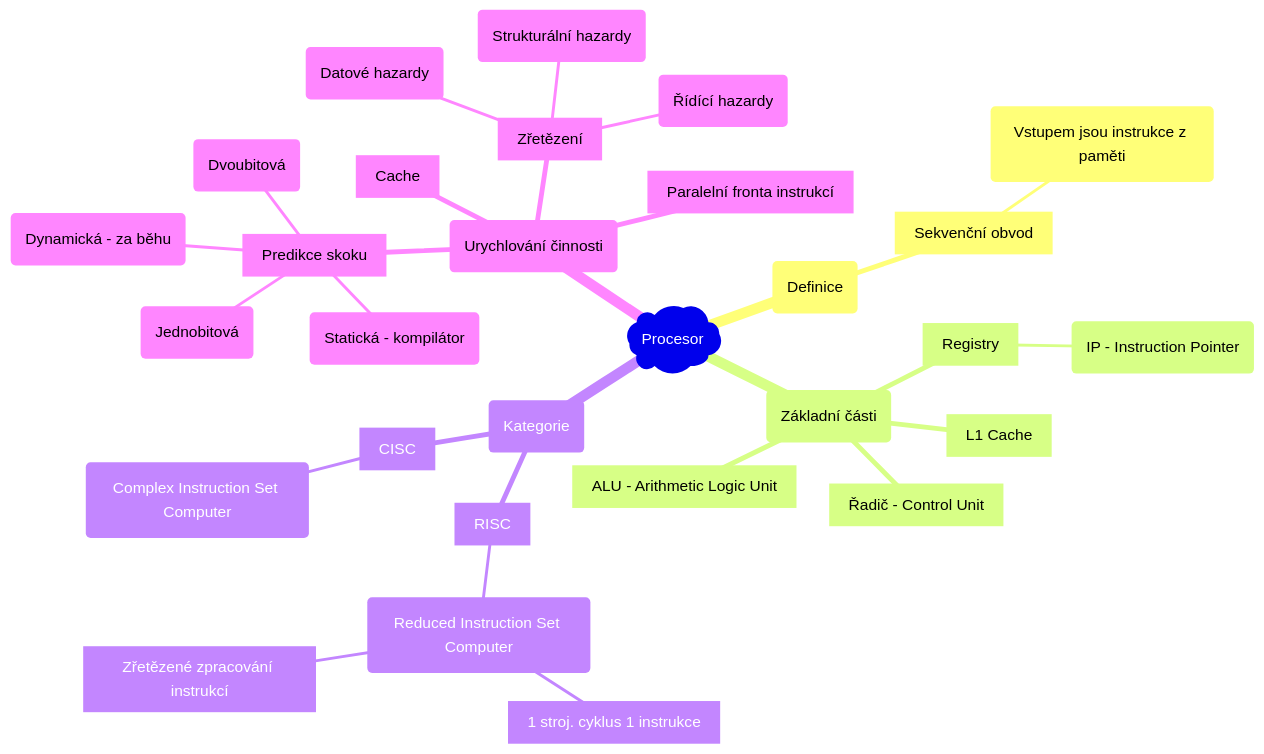
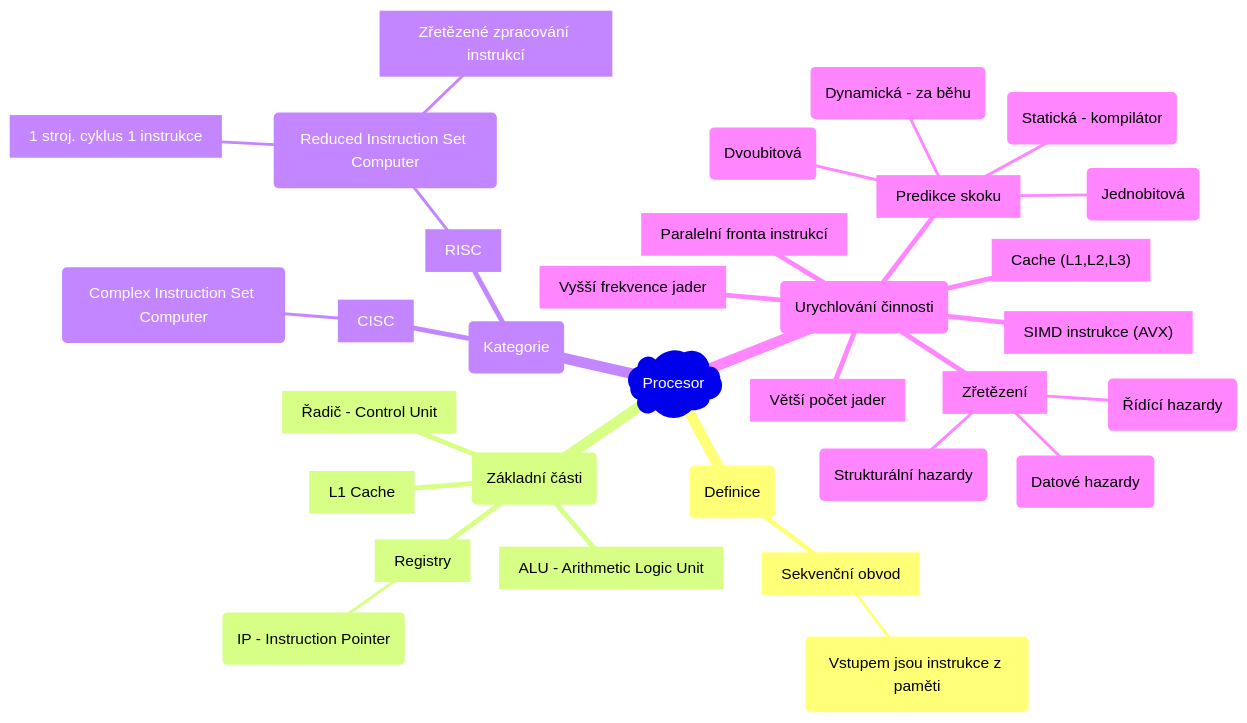
One commit to matejfric/mdbook changed the first of 5 diagrams in src/it/systems_and_networking.md. Above: the diagram before and after it, drawn with Mermaid. The commit also changed other lines of this file, not shown here.

````diff
--- a/src/it/systems_and_networking.md
+++ b/src/it/systems_and_networking.md
@@ -28,32 +28,35 @@
 ```mermaid
 mindmap
   root)Procesor(
     (Definice)
       [Sekvenční obvod]
         (Vstupem jsou instrukce z paměti)
     (Základní části)
       [ALU - Arithmetic Logic Unit]
       [Registry]
         (IP - Instruction Pointer)
       [Řadič - Control Unit]
       [L1 Cache]
     (Kategorie)
       [CISC]
         (Complex Instruction Set Computer)
       [RISC]
         (Reduced Instruction Set Computer)
           [1 stroj. cyklus 1 instrukce]
           [Zřetězené zpracování instrukcí]
     (Urychlování činnosti)
       [Predikce skoku]
         (Jednobitová)
         (Dvoubitová)
         (Statická - kompilátor)
         (Dynamická - za běhu)
       [Paralelní fronta instrukcí]
       [Zřetězení]
         (Datové hazardy)
         (Strukturální hazardy)
         (Řídící hazardy)
-      [Cache]
+      ["Cache (L1,L2,L3)"]
+      [Větší počet jader]
+      [Vyšší frekvence jader]
+      ["SIMD instrukce (AVX)"]
 ```
````
